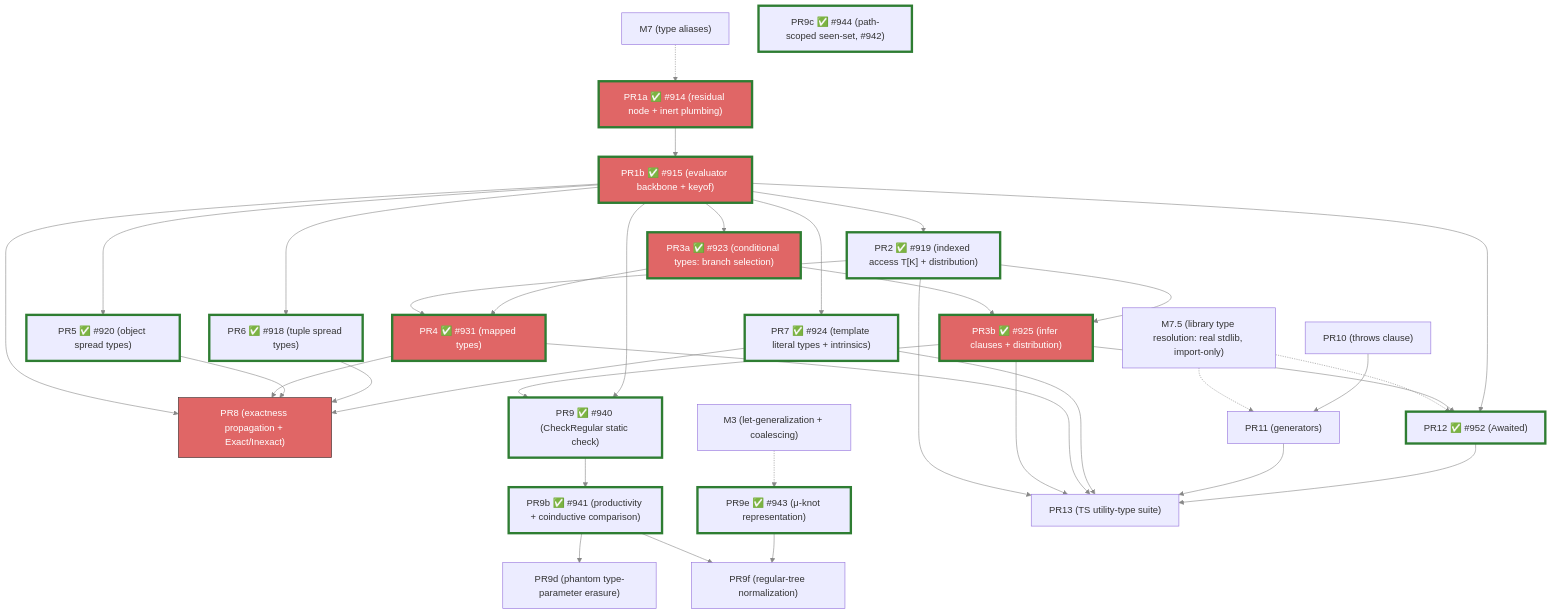
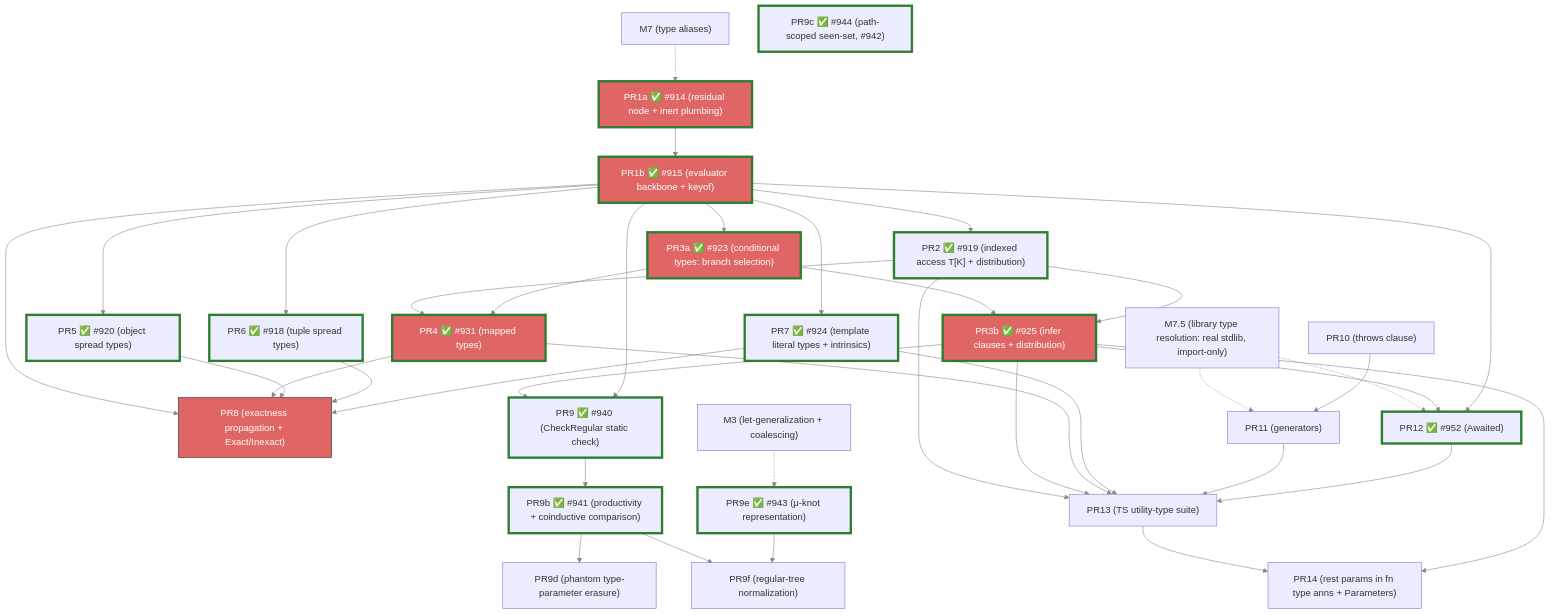
The diagram in planning/simple_sub/m9-implementation-plan.md (escalier-lang/escalier), drawn with Mermaid before and after one commit. The commit also changed other lines of this file and 1 other file, not shown here.

First line of the commit message:
Plan PR14 for rest params in function type annotations

````diff
--- a/planning/simple_sub/m9-implementation-plan.md
+++ b/planning/simple_sub/m9-implementation-plan.md
@@ -894,79 +994,82 @@
 ```mermaid
 graph TD
     M7["M7 (type aliases)"]
     M75["M7.5 (library type resolution: real stdlib, import-only)"]
     PR1a["PR1a ✅ #914 (residual node + inert plumbing)"]
     PR1b["PR1b ✅ #915 (evaluator backbone + keyof)"]
     PR2["PR2 ✅ #919 (indexed access T[K] + distribution)"]
     PR3a["PR3a ✅ #923 (conditional types: branch selection)"]
     PR3b["PR3b ✅ #925 (infer clauses + distribution)"]
     PR4["PR4 ✅ #931 (mapped types)"]
     PR5["PR5 ✅ #920 (object spread types)"]
     PR6["PR6 ✅ #918 (tuple spread types)"]
     PR7["PR7 ✅ #924 (template literal types + intrinsics)"]
     PR8["PR8 (exactness propagation + Exact/Inexact)"]
     PR9["PR9 ✅ #940 (CheckRegular static check)"]
     PR9b["PR9b ✅ #941 (productivity + coinductive comparison)"]
     PR9c["PR9c ✅ #944 (path-scoped seen-set, #942)"]
     PR9d["PR9d (phantom type-parameter erasure)"]
     PR9e["PR9e ✅ #943 (μ-knot representation)"]
     PR9f["PR9f (regular-tree normalization)"]
     M3["M3 (let-generalization + coalescing)"]
     PR10["PR10 (throws clause)"]
     PR11["PR11 (generators)"]
     PR12["PR12 ✅ #952 (Awaited<T>)"]
     PR13["PR13 (TS utility-type suite)"]
+    PR14["PR14 (rest params in fn type anns + Parameters<F>)"]
 
     M7 -.-> PR1a
     M75 -.-> PR11
     M75 -.-> PR12
     M3 -.-> PR9e
 
     PR1a --> PR1b
     PR1b --> PR2
     PR1b --> PR3a
     PR1b --> PR5
     PR1b --> PR6
     PR1b --> PR7
     PR1b --> PR8
     PR3a --> PR3b
     PR2 --> PR3b
     PR2 --> PR4
     PR2 --> PR13
     PR3a --> PR4
     PR3b --> PR9
     PR1b --> PR9
     PR9 --> PR9b
     PR9b --> PR9d
     PR9b --> PR9f
     PR9e --> PR9f
     PR3b --> PR12
     PR1b --> PR12
     PR3b --> PR13
     PR4 --> PR8
     PR4 --> PR13
     PR5 --> PR8
     PR6 --> PR8
     PR7 --> PR8
     PR7 --> PR13
     PR10 --> PR11
     PR11 --> PR13
     PR12 --> PR13
+    PR13 --> PR14
+    PR3b --> PR14
 
     linkStyle default stroke:#888
     style PR1a fill:#e06666,stroke:#2e7d32,stroke-width:4px,color:#fff
     style PR1b fill:#e06666,stroke:#2e7d32,stroke-width:4px,color:#fff
     style PR3a fill:#e06666,stroke:#2e7d32,stroke-width:4px,color:#fff
     style PR3b fill:#e06666,stroke:#2e7d32,stroke-width:4px,color:#fff
     style PR4 fill:#e06666,stroke:#2e7d32,stroke-width:4px,color:#fff
     style PR8 fill:#e06666,stroke:#333,color:#fff
     style PR2 stroke:#2e7d32,stroke-width:4px
     style PR5 stroke:#2e7d32,stroke-width:4px
     style PR6 stroke:#2e7d32,stroke-width:4px
     style PR7 stroke:#2e7d32,stroke-width:4px
     style PR9 stroke:#2e7d32,stroke-width:4px
     style PR9b stroke:#2e7d32,stroke-width:4px
     style PR9c stroke:#2e7d32,stroke-width:4px
     style PR9e stroke:#2e7d32,stroke-width:4px
     style PR12 stroke:#2e7d32,stroke-width:4px
 ```
````
